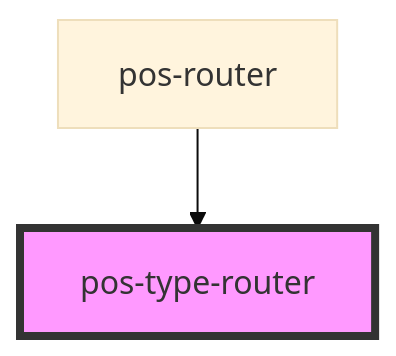
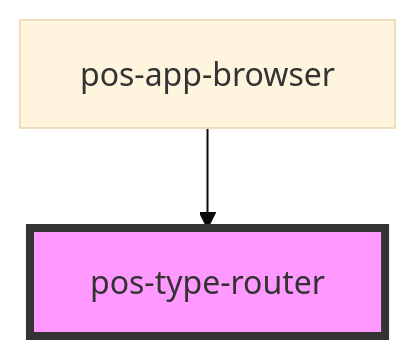
One commit to pod-os/PodOS changed the diagram in docs/elements/components/pos-type-router/readme.md. Above: the diagram before and after it, drawn with Mermaid (base theme). The commit also changed other lines of this file and 6 other files, not shown here.

````diff
--- a/docs/elements/components/pos-type-router/readme.md
+++ b/docs/elements/components/pos-type-router/readme.md
@@ -22,5 +22,5 @@
 ```mermaid
 graph TD;
-  pos-router --> pos-type-router
+  pos-app-browser --> pos-type-router
   style pos-type-router fill:#f9f,stroke:#333,stroke-width:4px
 ```
````
